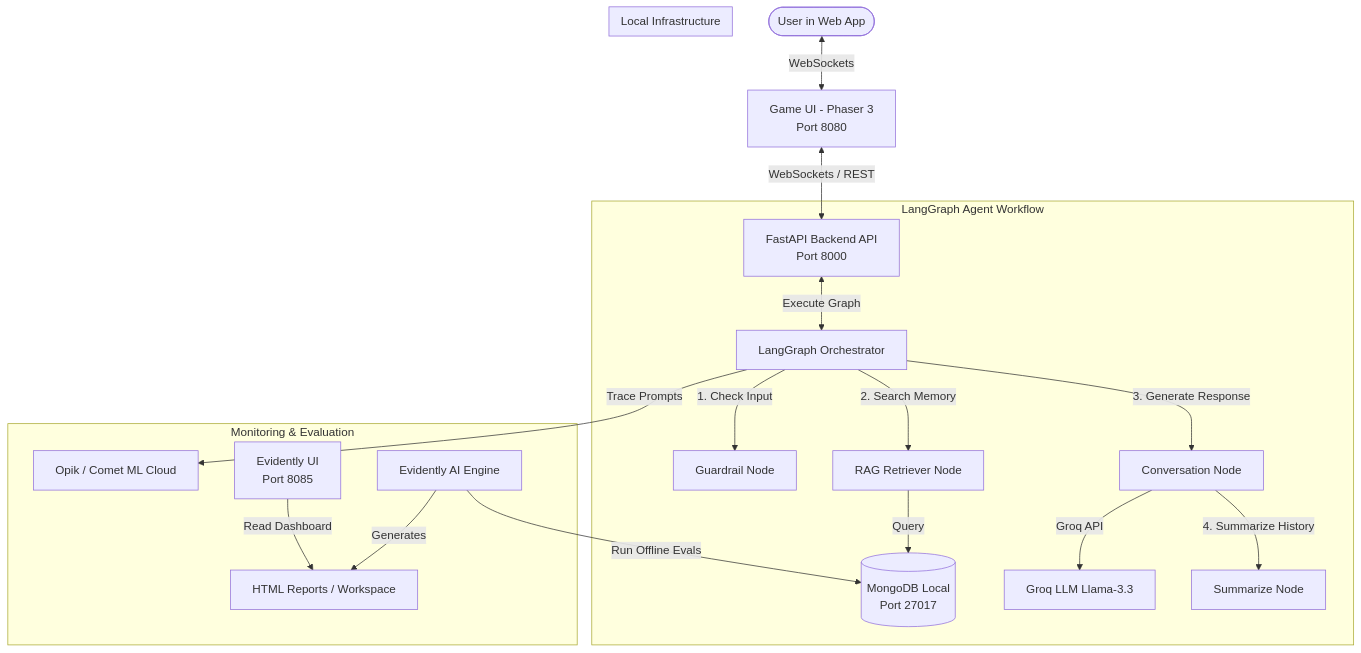
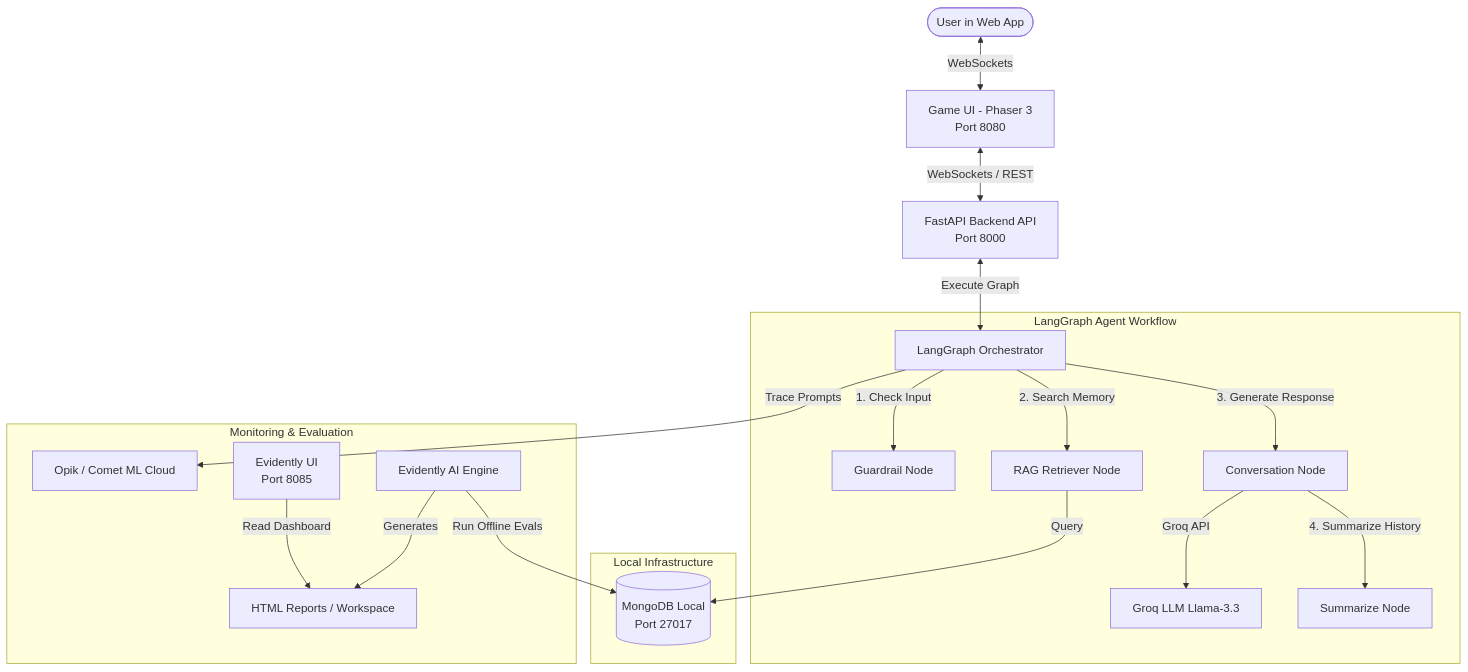
Before and after one commit to apra05/Philoagents: the first of 3 diagrams in README.md, drawn with Mermaid. The commit also changed other lines of this file, not shown here.

Commit message:
Fix mermaid diagram structures

````diff
--- a/README.md
+++ b/README.md
@@ -44,26 +44,39 @@
 ```mermaid
 graph TD
     User([User in Web App]) <-->|"WebSockets"| UI["Game UI - Phaser 3<br>Port 8080"]
     UI <-->|"WebSockets / REST"| API["FastAPI Backend API<br>Port 8000"]
     
     subgraph Agentic System [LangGraph Agent Workflow]
-        API <-->|"Execute Graph"| LG[LangGraph Orchestrator]
-        LG -->|"1. Check Input"| Guard[Guardrail Node]
-        LG -->|"2. Search Memory"| Retrieve[RAG Retriever Node]
-        Retrieve -->|"Query"| DB
-        LG -->|"3. Generate Response"| Conv[Conversation Node]
-        Conv -->|"Groq API"| Groq[Groq LLM Llama-3.3]
-        Conv -->|"4. Summarize History"| SumNode[Summarize Node]
+        LG[LangGraph Orchestrator]
+        Guard[Guardrail Node]
+        Retrieve[RAG Retriever Node]
+        Conv[Conversation Node]
+        Groq[Groq LLM Llama-3.3]
+        SumNode[Summarize Node]
+        
+        LG -->|"1. Check Input"| Guard
+        LG -->|"2. Search Memory"| Retrieve
+        LG -->|"3. Generate Response"| Conv
+        Conv -->|"Groq API"| Groq
+        Conv -->|"4. Summarize History"| SumNode
     end
 
     subgraph Storage [Local Infrastructure]
         DB[("MongoDB Local<br>Port 27017")]
     end
 
     subgraph LLMOps [Monitoring & Evaluation]
-        LG -->|"Trace Prompts"| Opik[Opik / Comet ML Cloud]
-        Eval[Evidently AI Engine] -->|"Run Offline Evals"| DB
-        Eval -->|"Generates"| HTML["HTML Reports / Workspace"]
-        EvidUI["Evidently UI<br>Port 8085"] -->|"Read Dashboard"| HTML
+        Opik[Opik / Comet ML Cloud]
+        Eval[Evidently AI Engine]
+        HTML["HTML Reports / Workspace"]
+        EvidUI["Evidently UI<br>Port 8085"]
+        
+        Eval -->|"Generates"| HTML
+        EvidUI -->|"Read Dashboard"| HTML
     end
+
+    API <-->|"Execute Graph"| LG
+    Retrieve -->|"Query"| DB
+    LG -->|"Trace Prompts"| Opik
+    Eval -->|"Run Offline Evals"| DB
 ```
````
